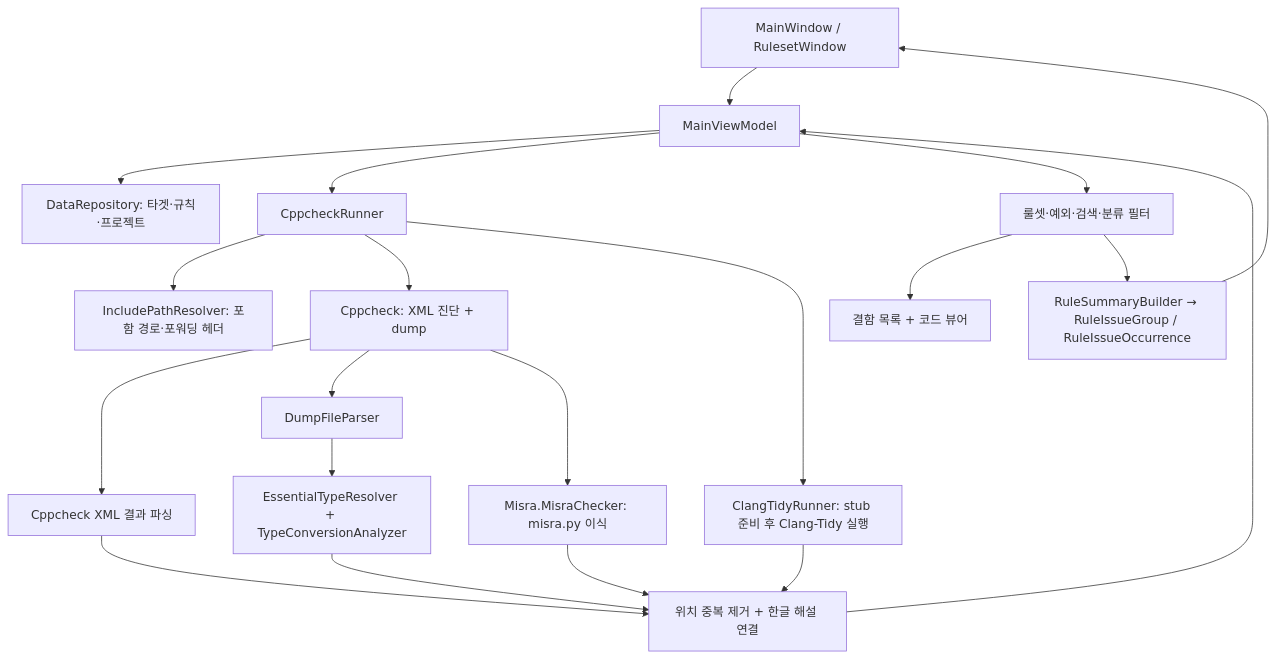
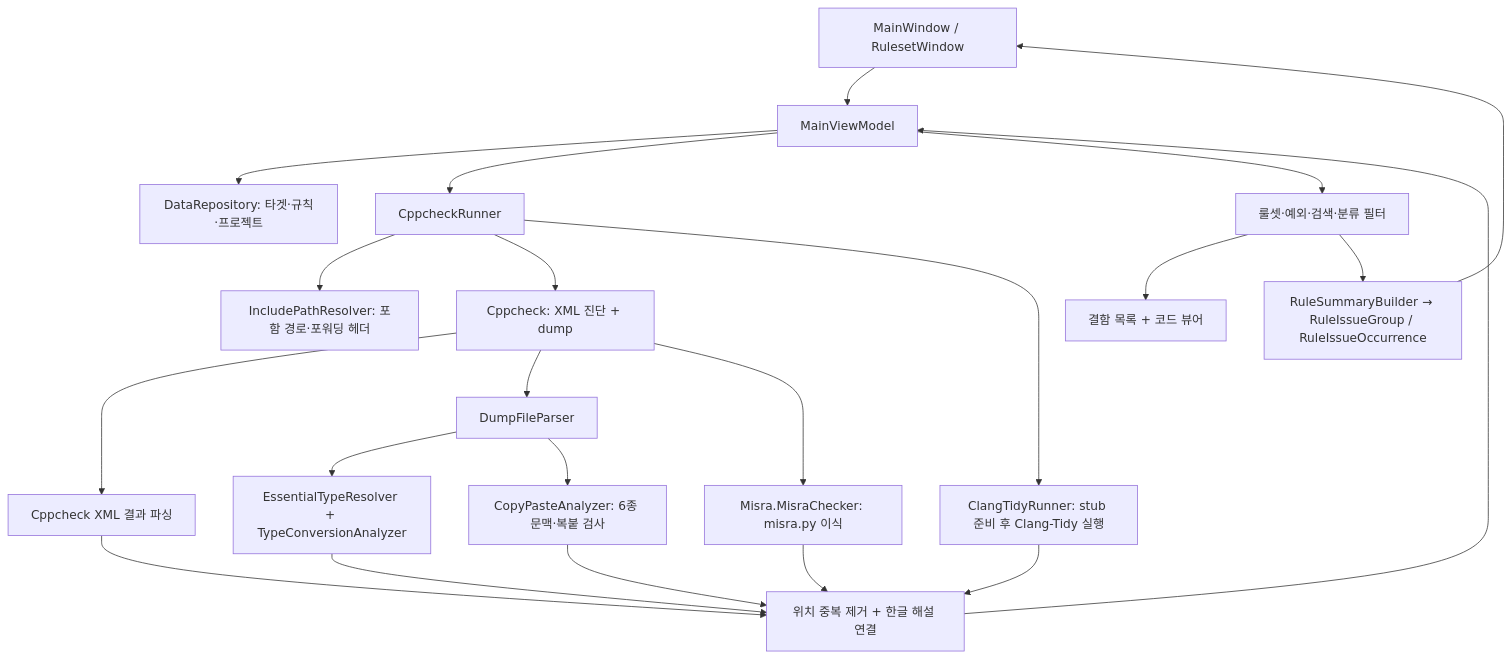
The first of 2 diagrams in doc/02_architecture.md (hankjeon/JeonCheck), drawn with Mermaid before and after one commit. The commit also changed other lines of this file and 21 other files, not shown here.

````diff
--- a/doc/02_architecture.md
+++ b/doc/02_architecture.md
@@ -7,22 +7,24 @@
 ```mermaid
 flowchart TD
     UI[MainWindow / RulesetWindow] --> VM[MainViewModel]
     VM --> Data[DataRepository: 타겟·규칙·프로젝트]
     VM --> Runner[CppcheckRunner]
     Runner --> Include[IncludePathResolver: 포함 경로·포워딩 헤더]
     Runner --> CPP[Cppcheck: XML 진단 + dump]
     CPP --> XML[Cppcheck XML 결과 파싱]
     CPP --> Parser[DumpFileParser]
     CPP --> Misra[Misra.MisraChecker: misra.py 이식]
     Parser --> Native[EssentialTypeResolver + TypeConversionAnalyzer]
+    Parser --> CopyPaste[CopyPasteAnalyzer: 6종 문맥·복붙 검사]
     Runner --> CT[ClangTidyRunner: stub 준비 후 Clang-Tidy 실행]
     XML --> Merge[위치 중복 제거 + 한글 해설 연결]
     Misra --> Merge
     Native --> Merge
+    CopyPaste --> Merge
     CT --> Merge
     Merge --> VM
     VM --> Filter[룰셋·예외·검색·분류 필터]
     Filter --> List[결함 목록 + 코드 뷰어]
     Filter --> Summary[RuleSummaryBuilder → RuleIssueGroup / RuleIssueOccurrence]
     Summary --> UI
 ```
````
